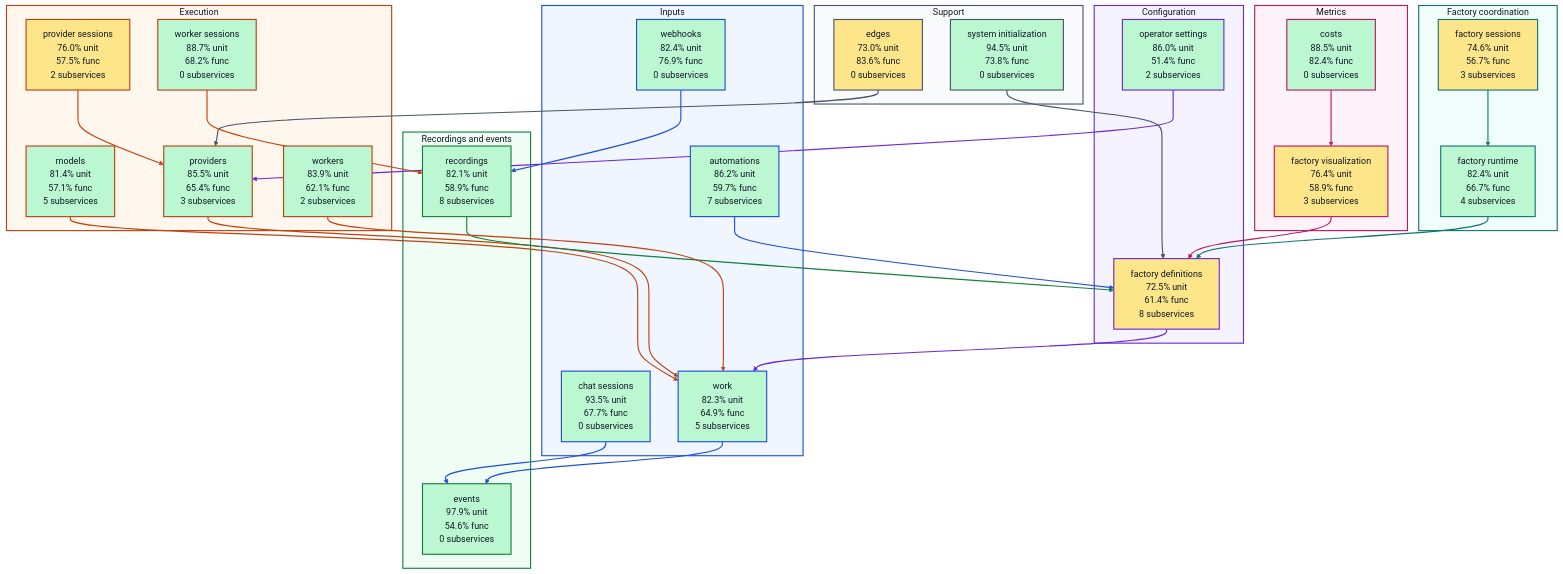
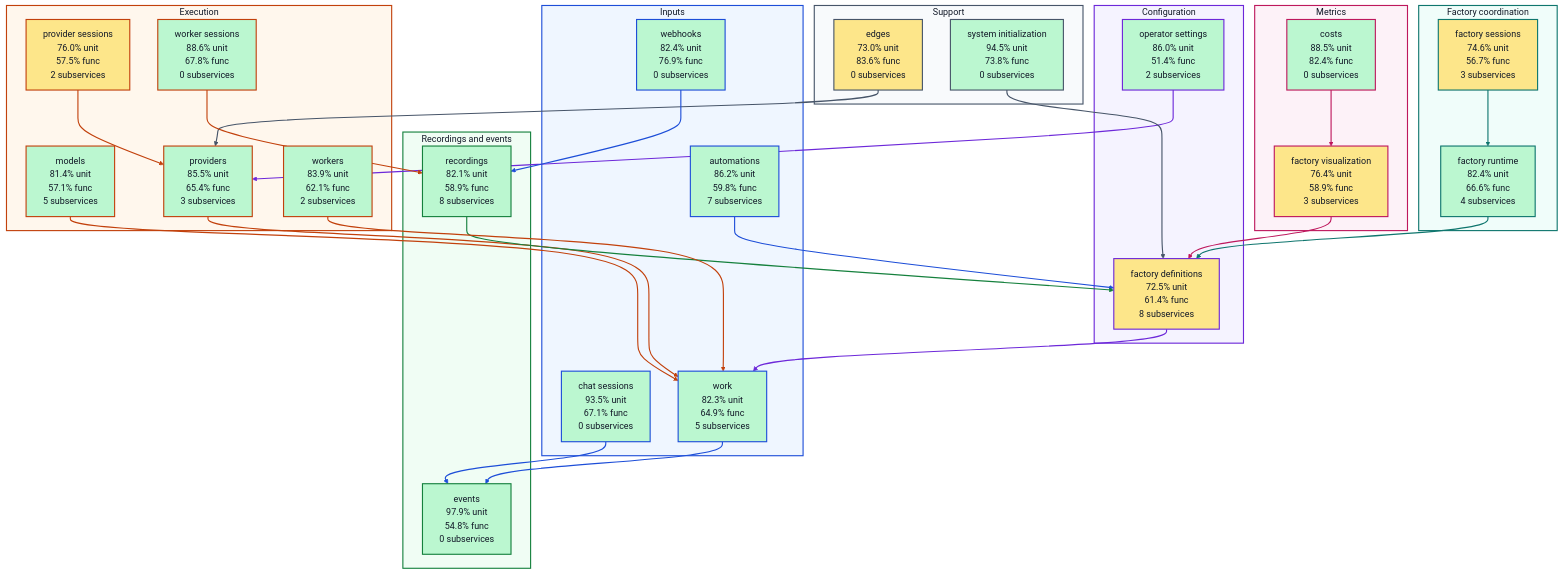
The diagram in docs/architecture/visualizations/high-level-test-coverage.md (portpowered/you-agent-factory), drawn with Mermaid before and after one commit. The commit also changed other lines of this file and 19 other files, not shown here.

Commit message:
docs: refresh backend architecture visualizations

````diff
--- a/docs/architecture/visualizations/high-level-test-coverage.md
+++ b/docs/architecture/visualizations/high-level-test-coverage.md
@@ -11,8 +11,8 @@
 ```mermaid
 flowchart TB
   subgraph input["Inputs"]
-    s_services_automations["automations<br/>86.2% unit<br/>59.7% func<br/>7 subservices"]
-    s_services_chat_sessions["chat sessions<br/>93.5% unit<br/>67.7% func<br/>0 subservices"]
+    s_services_automations["automations<br/>86.2% unit<br/>59.8% func<br/>7 subservices"]
+    s_services_chat_sessions["chat sessions<br/>93.5% unit<br/>67.1% func<br/>0 subservices"]
     s_services_webhooks["webhooks<br/>82.4% unit<br/>76.9% func<br/>0 subservices"]
     s_services_work["work<br/>82.3% unit<br/>64.9% func<br/>5 subservices"]
   end
@@ -21,18 +21,18 @@
     s_services_operator_settings["operator settings<br/>86.0% unit<br/>51.4% func<br/>2 subservices"]
   end
   subgraph coordination["Factory coordination"]
-    s_services_factory_runtime["factory runtime<br/>82.4% unit<br/>66.7% func<br/>4 subservices"]
+    s_services_factory_runtime["factory runtime<br/>82.4% unit<br/>66.6% func<br/>4 subservices"]
     s_services_factory_sessions["factory sessions<br/>74.6% unit<br/>56.7% func<br/>3 subservices"]
   end
   subgraph execution["Execution"]
     s_services_models["models<br/>81.4% unit<br/>57.1% func<br/>5 subservices"]
     s_services_provider_sessions["provider sessions<br/>76.0% unit<br/>57.5% func<br/>2 subservices"]
     s_services_providers["providers<br/>85.5% unit<br/>65.4% func<br/>3 subservices"]
-    s_services_worker_sessions["worker sessions<br/>88.7% unit<br/>68.2% func<br/>0 subservices"]
+    s_services_worker_sessions["worker sessions<br/>88.6% unit<br/>67.8% func<br/>0 subservices"]
     s_services_workers["workers<br/>83.9% unit<br/>62.1% func<br/>2 subservices"]
   end
   subgraph recordings["Recordings and events"]
-    s_services_events["events<br/>97.9% unit<br/>54.6% func<br/>0 subservices"]
+    s_services_events["events<br/>97.9% unit<br/>54.8% func<br/>0 subservices"]
     s_services_recordings["recordings<br/>82.1% unit<br/>58.9% func<br/>8 subservices"]
   end
   subgraph metrics["Metrics"]
````
